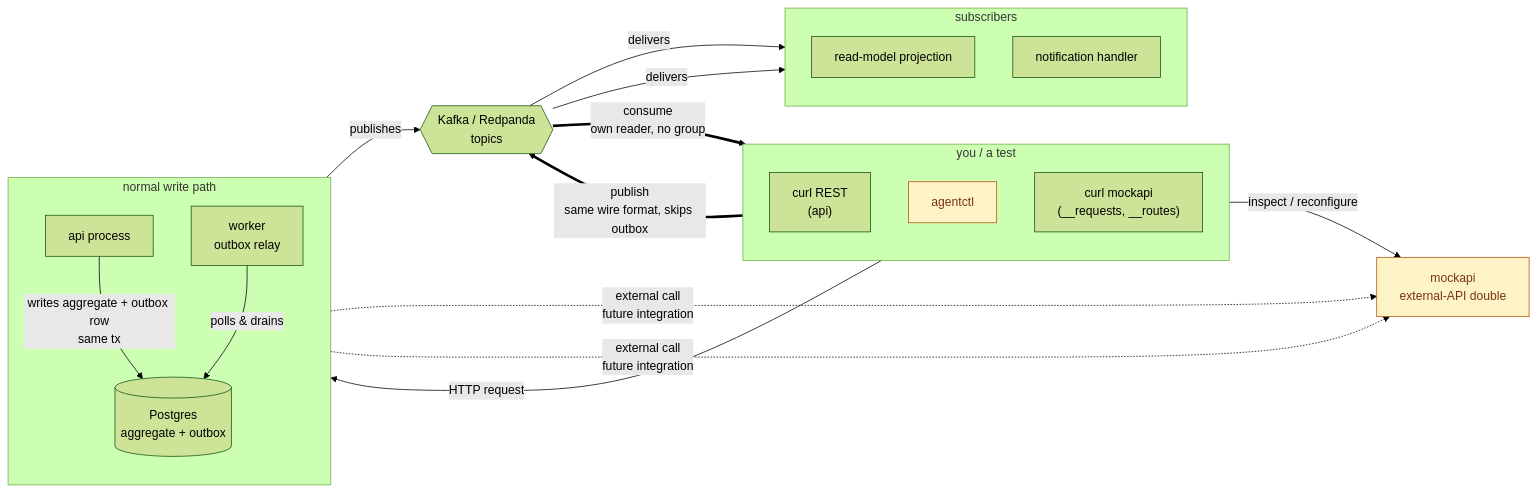
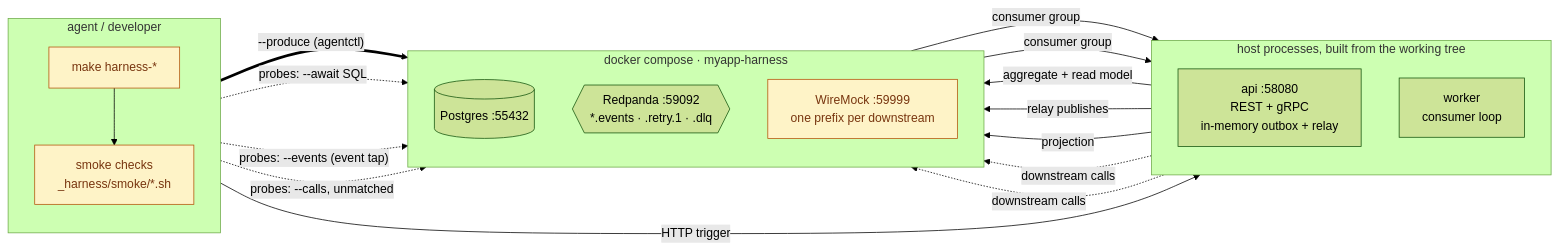
The diagram in README.md (anhnguyenphi/go-ddd), drawn with Mermaid (forest theme) before and after one commit. The commit also changed other lines of this file and 51 other files, not shown here.

First line of the commit message:
implement agent harness: _harness runtime, WireMock, agent layer

````diff
--- a/README.md
+++ b/README.md
@@ -262,43 +269,38 @@
 ```mermaid
 flowchart LR
-    subgraph client["you / a test"]
+    subgraph driver["agent / developer"]
         direction TB
-        curl["curl REST<br/>(api)"]
-        actl["agentctl"]
-        mcurl["curl mockapi<br/>(__requests, __routes)"]
+        make["make harness-*"]
+        smoke["smoke checks<br/>_harness/smoke/*.sh"]
     end
 
-    subgraph normal["normal write path"]
+    subgraph host["host processes, built from the working tree"]
         direction TB
-        api["api process"]
-        pg[("Postgres<br/>aggregate + outbox")]
-        worker["worker<br/>outbox relay"]
+        api["api :58080<br/>REST + gRPC<br/>in-memory outbox + relay"]
+        worker["worker<br/>consumer loop"]
     end
 
-    kafka{{"Kafka / Redpanda<br/>topics"}}
-
-    subgraph consumers["subscribers"]
+    subgraph compose["docker compose · myapp-harness"]
         direction TB
-        proj["read-model projection"]
-        notif["notification handler"]
+        pg[("Postgres :55432")]
+        kafka{{"Redpanda :59092<br/>*.events · .retry.1 · .dlq"}}
+        wiremock["WireMock :59999<br/>one prefix per downstream"]
     end
 
-    mockapi["mockapi<br/>external-API double"]
-
-    curl -- "HTTP request" --> api
-    api -- "writes aggregate + outbox row<br/>same tx" --> pg
-    worker -- "polls & drains" --> pg
-    worker -- "publishes" --> kafka
-    kafka -- "delivers" --> proj
-    kafka -- "delivers" --> notif
-
-    actl == "publish<br/>same wire format, skips outbox" ==> kafka
-    kafka == "consume<br/>own reader, no group" ==> actl
-
-    api -. "external call<br/>future integration" .-> mockapi
-    worker -. "external call<br/>future integration" .-> mockapi
-    mcurl -- "inspect / reconfigure" --> mockapi
+    make --> smoke
+    smoke -- "HTTP trigger" --> api
+    smoke == "--produce (agentctl)" ==> kafka
+    api -- "aggregate + read model" --> pg
+    api -- "relay publishes" --> kafka
+    kafka -- "consumer group" --> api
+    kafka -- "consumer group" --> worker
+    worker -- "projection" --> pg
+    api -. "downstream calls" .-> wiremock
+    worker -. "downstream calls" .-> wiremock
+    smoke -. "probes: --await SQL" .-> pg
+    smoke -. "probes: --events (event tap)" .-> kafka
+    smoke -. "probes: --calls, unmatched" .-> wiremock
 
     classDef harness fill:#fef3c7,stroke:#b45309,color:#78350f;
-    class actl,mockapi harness;
+    class make,smoke,wiremock harness;
 ```
````
